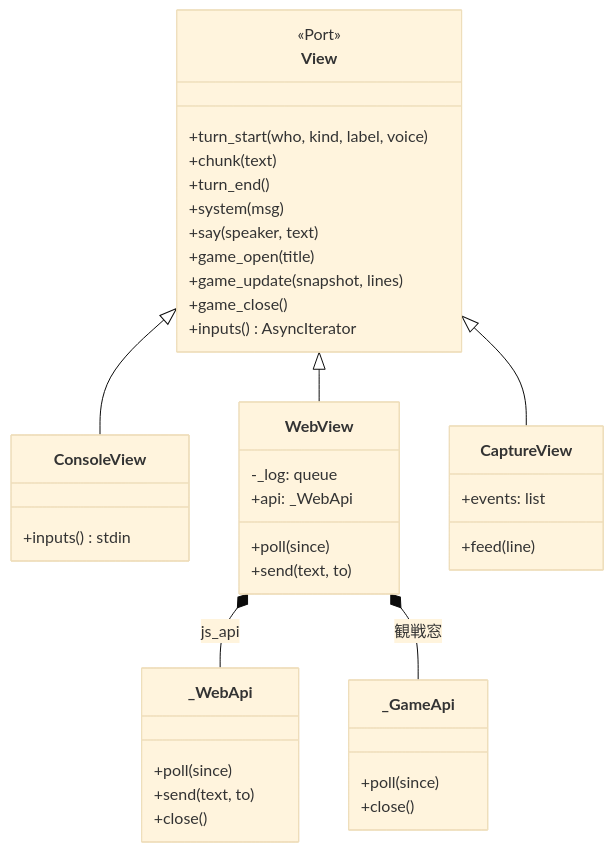
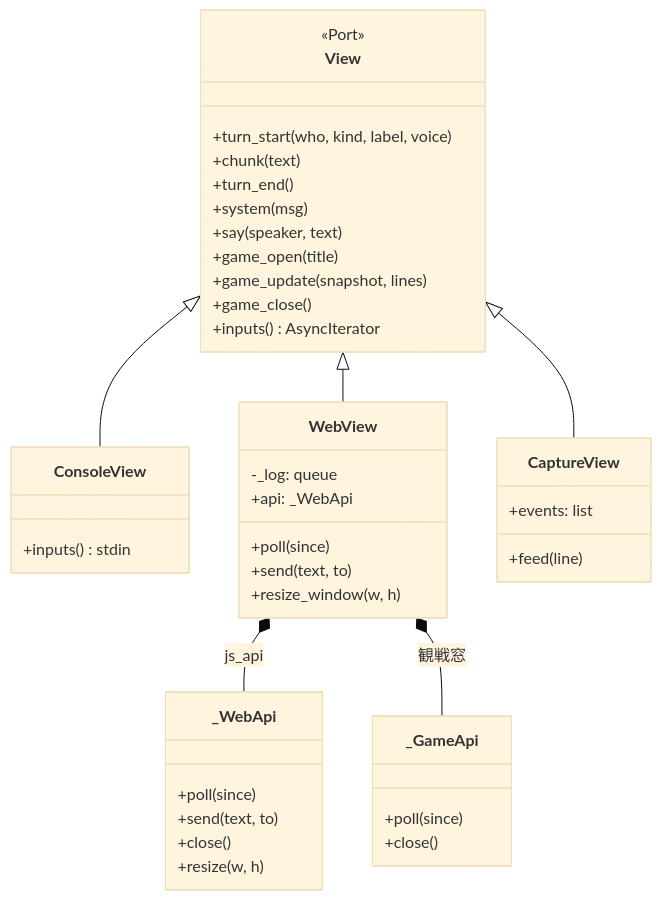
One commit to NiteC-a11y/Engawa changed the second of 7 diagrams in docs/class-diagram.md. Above: the diagram before and after it, drawn with Mermaid (base theme).

Commit message:
docs(diagram): _WebApi/WebView に resize を追記（doc sweep・原則7）
end-of-work doc sweep で、今セッション追加の JS窓口 resize がクラス図に
未反映だったのを補記（_WebApi.resize / WebView.resize_window）。他 doc
（CLAUDE.md/TECH_RULES/Backlog/sample）は commit ごとに同期済み・stale なし。

````diff
--- a/docs/class-diagram.md
+++ b/docs/class-diagram.md
@@ -53,50 +53,52 @@
 ```mermaid
 classDiagram
     direction TB
 
     class View {
         <<Port>>
         +turn_start(who, kind, label, voice)
         +chunk(text)
         +turn_end()
         +system(msg)
         +say(speaker, text)
         +game_open(title)
         +game_update(snapshot, lines)
         +game_close()
         +inputs() AsyncIterator
     }
 
     class ConsoleView {
         +inputs() stdin
     }
 
     class WebView {
         -_log: queue
         +api: _WebApi
         +poll(since)
         +send(text, to)
+        +resize_window(w, h)
     }
 
     class CaptureView {
         +events: list
         +feed(line)
     }
 
     class _WebApi {
         +poll(since)
         +send(text, to)
         +close()
+        +resize(w, h)
     }
 
     class _GameApi {
         +poll(since)
         +close()
     }
 
     View <|-- ConsoleView
     View <|-- WebView
     View <|-- CaptureView
     WebView *-- _WebApi : js_api
     WebView *-- _GameApi : 観戦窓
 ```
````
